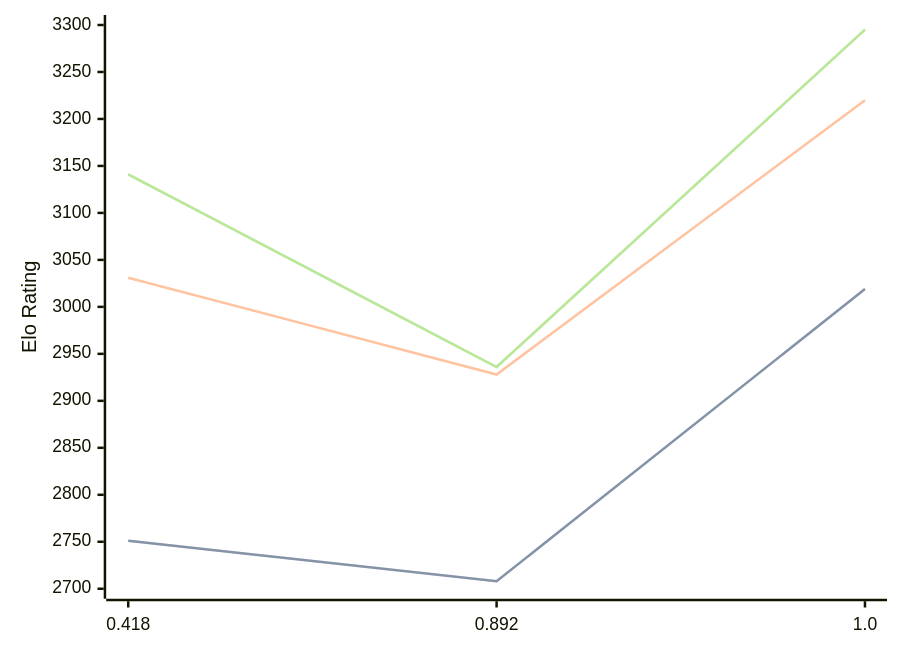
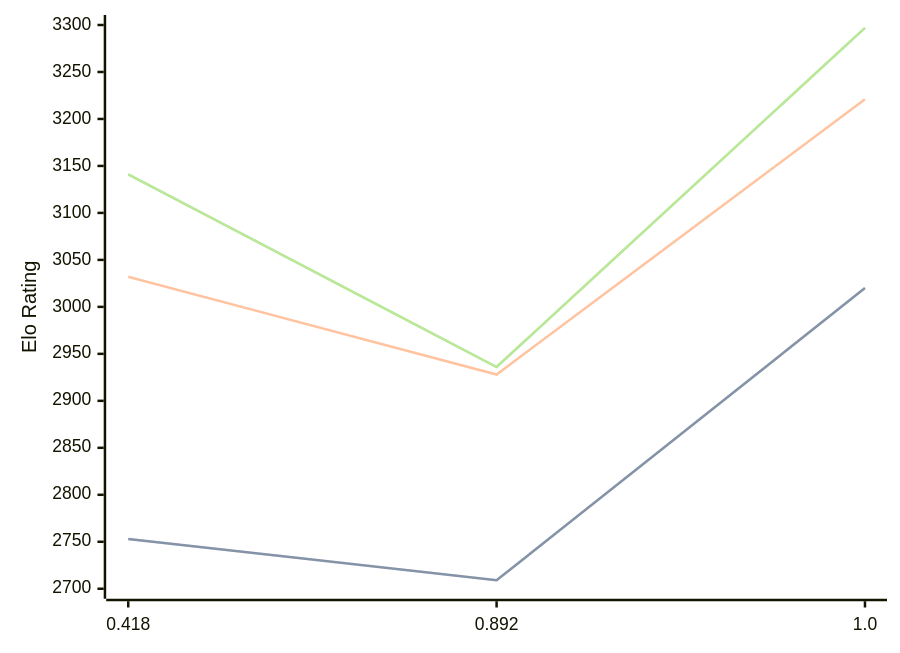
The diagram in engines/Malika.md (computer-chess-index/cci), drawn with Mermaid before and after one commit. The commit also changed other lines of this file, not shown here.

Commit message:
Update CCI Ratings (ELO VLTC) - 2026-04-19

````diff
--- a/engines/Malika.md
+++ b/engines/Malika.md
@@ -33,11 +33,11 @@
 ```mermaid
 %%{init: {"theme":"base","themeVariables":{"seriesColors:['#a3a3a3','#222221','#faa371']}}}%%
 xychart-beta
   x-axis ["0.418", "0.892", "1.0"]
   y-axis "Elo Rating" 2700 --> 3300
-  line "STC (8.0+0.08s)" [2751, 2708, 3019]
-  line "STC (8.0+0.08s)" [2751, 2708, 3019]
-  line "LTC (60.0+0.60s)" [3031, 2928, 3220]
-  line "VLTC (2m24s+1.12s)" [3141, 2936, 3295]
-  line "VLTC (2m24s+1.12s)" [3141, 2936, 3295]
+  line "STC (8.0+0.08s)" [2753, 2709, 3020]
+  line "STC (8.0+0.08s)" [2753, 2709, 3020]
+  line "LTC (60.0+0.60s)" [3032, 2928, 3221]
+  line "VLTC (2m24s+1.12s)" [3141, 2936, 3297]
+  line "VLTC (2m24s+1.12s)" [3141, 2936, 3297]
 ```
````
